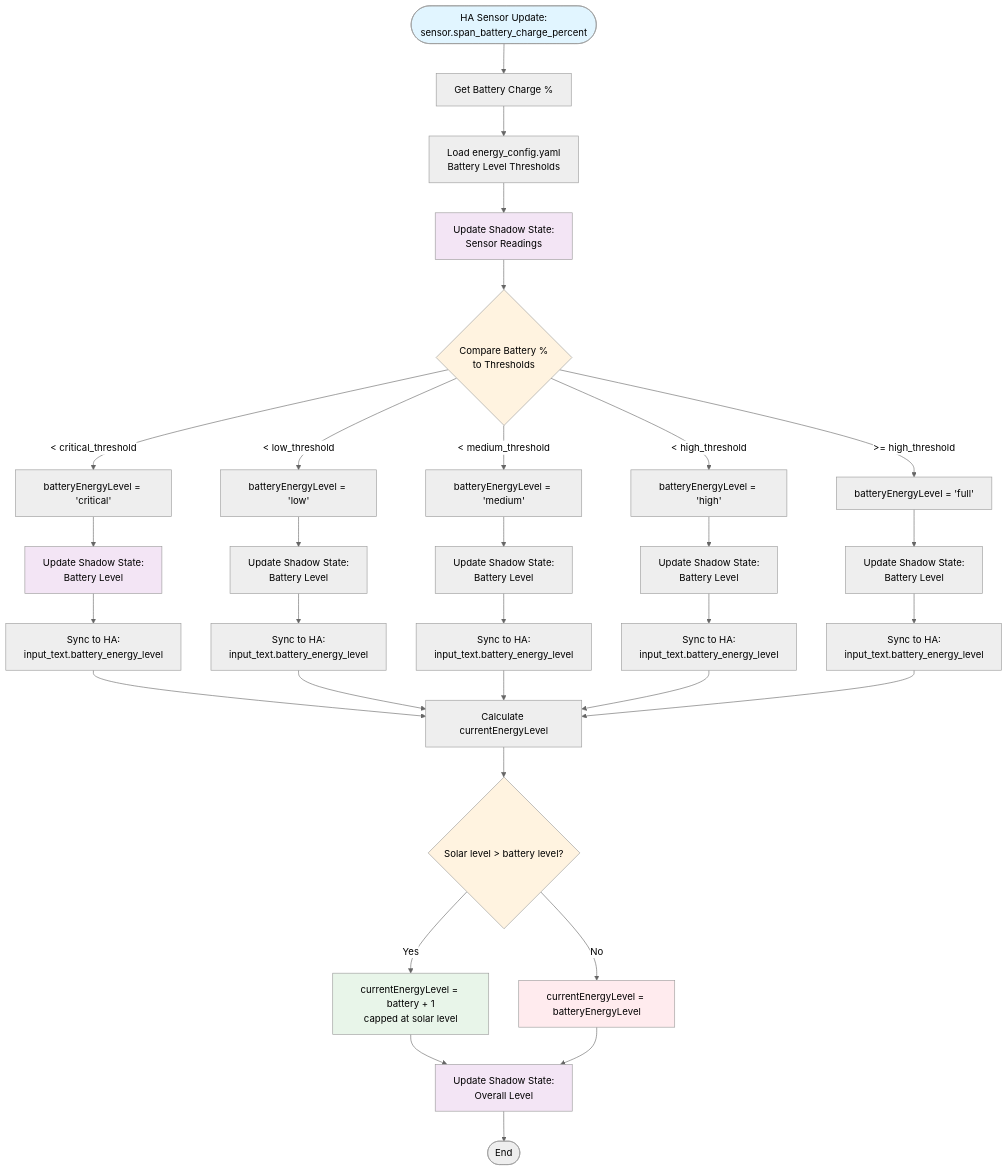
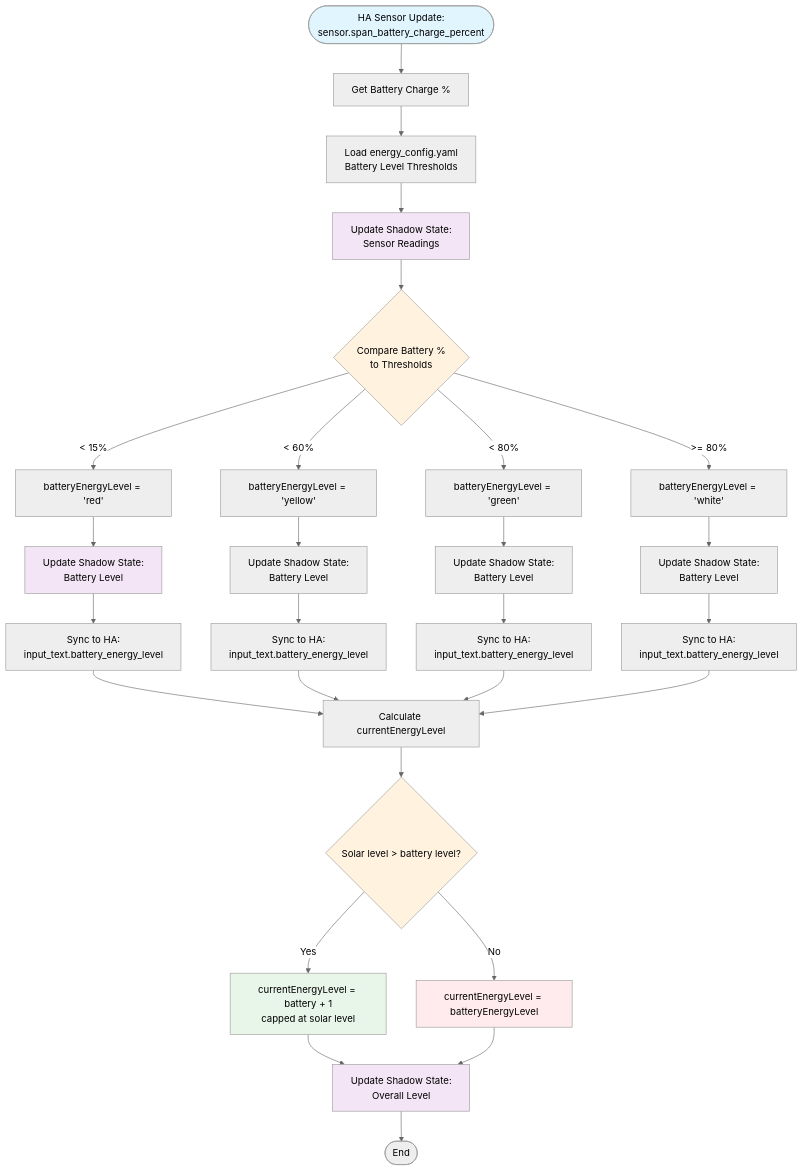
Diagram 13 of 14 in docs/human/VISUAL_ARCHITECTURE.md (NickBorgers/home-automation), drawn with Mermaid (neutral theme) before and after one commit. The commit also changed 15 other files, not shown here.

First line of the commit message:
feat(energy): drop black level, widen yellow to arbitrage band (#1130)

````diff
--- a/docs/human/VISUAL_ARCHITECTURE.md
+++ b/docs/human/VISUAL_ARCHITECTURE.md
@@ -837,53 +837,49 @@
 ```mermaid
 flowchart TD
     Start([HA Sensor Update:<br/>sensor.span_battery_charge_percent]) --> GetBatteryPercent[Get Battery Charge %]
 
     GetBatteryPercent --> LoadConfig[Load energy_config.yaml<br/>Battery Level Thresholds]
 
     LoadConfig --> UpdateShadow1[Update Shadow State:<br/>Sensor Readings]
 
     UpdateShadow1 --> CheckLevels{Compare Battery %<br/>to Thresholds}
 
-    CheckLevels -->|< critical_threshold| SetCritical[batteryEnergyLevel = 'critical']
-    CheckLevels -->|< low_threshold| SetLow[batteryEnergyLevel = 'low']
-    CheckLevels -->|< medium_threshold| SetMedium[batteryEnergyLevel = 'medium']
-    CheckLevels -->|< high_threshold| SetHigh[batteryEnergyLevel = 'high']
-    CheckLevels -->|>= high_threshold| SetFull[batteryEnergyLevel = 'full']
+    CheckLevels -->|< 15%| SetRed[batteryEnergyLevel = 'red']
+    CheckLevels -->|< 60%| SetYellow[batteryEnergyLevel = 'yellow']
+    CheckLevels -->|< 80%| SetGreen[batteryEnergyLevel = 'green']
+    CheckLevels -->|>= 80%| SetWhite[batteryEnergyLevel = 'white']
 
-    SetCritical --> UpdateBattery1[Update Shadow State:<br/>Battery Level]
-    SetLow --> UpdateBattery2[Update Shadow State:<br/>Battery Level]
-    SetMedium --> UpdateBattery3[Update Shadow State:<br/>Battery Level]
-    SetHigh --> UpdateBattery4[Update Shadow State:<br/>Battery Level]
-    SetFull --> UpdateBattery5[Update Shadow State:<br/>Battery Level]
+    SetRed --> UpdateBattery1[Update Shadow State:<br/>Battery Level]
+    SetYellow --> UpdateBattery2[Update Shadow State:<br/>Battery Level]
+    SetGreen --> UpdateBattery3[Update Shadow State:<br/>Battery Level]
+    SetWhite --> UpdateBattery4[Update Shadow State:<br/>Battery Level]
 
     UpdateBattery1 --> SyncToHA1[Sync to HA:<br/>input_text.battery_energy_level]
     UpdateBattery2 --> SyncToHA2[Sync to HA:<br/>input_text.battery_energy_level]
     UpdateBattery3 --> SyncToHA3[Sync to HA:<br/>input_text.battery_energy_level]
     UpdateBattery4 --> SyncToHA4[Sync to HA:<br/>input_text.battery_energy_level]
-    UpdateBattery5 --> SyncToHA5[Sync to HA:<br/>input_text.battery_energy_level]
 
     SyncToHA1 --> CalculateCurrent
     SyncToHA2 --> CalculateCurrent
     SyncToHA3 --> CalculateCurrent
     SyncToHA4 --> CalculateCurrent
-    SyncToHA5 --> CalculateCurrent
 
     CalculateCurrent[Calculate currentEnergyLevel] --> CompareSolar{Solar level > battery level?}
 
     CompareSolar -->|Yes| BoostSolar[currentEnergyLevel = battery + 1<br/>capped at solar level]
     CompareSolar -->|No| UseBattery[currentEnergyLevel = batteryEnergyLevel]
 
     BoostSolar --> UpdateOverall[Update Shadow State:<br/>Overall Level]
     UseBattery --> UpdateOverall
 
     UpdateOverall --> End([End])
 
     style Start fill:#e1f5ff
     style CheckLevels fill:#fff3e0
     style CompareSolar fill:#fff3e0
     style BoostSolar fill:#e8f5e9
     style UseBattery fill:#ffebee
     style UpdateShadow1 fill:#f3e5f5
     style UpdateBattery1 fill:#f3e5f5
     style UpdateOverall fill:#f3e5f5
 ```
````
